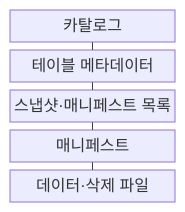
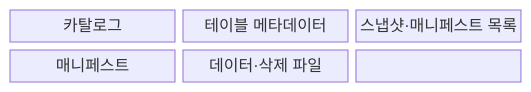
Before and after one commit to agnusdei1207/knowledge-base: the first of 2 diagrams in src/content/docs/notes/08-latest-tech/191_apache_iceberg.md, drawn with Mermaid. The commit also changed other lines of this file and 228 other files, not shown here.

````diff
--- a/src/content/docs/notes/08-latest-tech/191_apache_iceberg.md
+++ b/src/content/docs/notes/08-latest-tech/191_apache_iceberg.md
@@ -50,13 +49,11 @@
 ```mermaid
 block-beta
-  columns 1
-  catalog["카탈로그"]
-  metadata["테이블 메타데이터"]
-  snapshot["스냅샷·매니페스트 목록"]
-  manifest["매니페스트"]
-  files["데이터·삭제 파일"]
-  catalog --- metadata
-  metadata --- snapshot
-  snapshot --- manifest
-  manifest --- files
+  columns 3
+  N0["카탈로그"]
+  N1["테이블 메타데이터"]
+  N2["스냅샷·매니페스트 목록"]
+  N3["매니페스트"]
+  N4["데이터·삭제 파일"]
+  N0 --- N1 --- N2
+  N2 --- N3 --- N4
 ```
````
